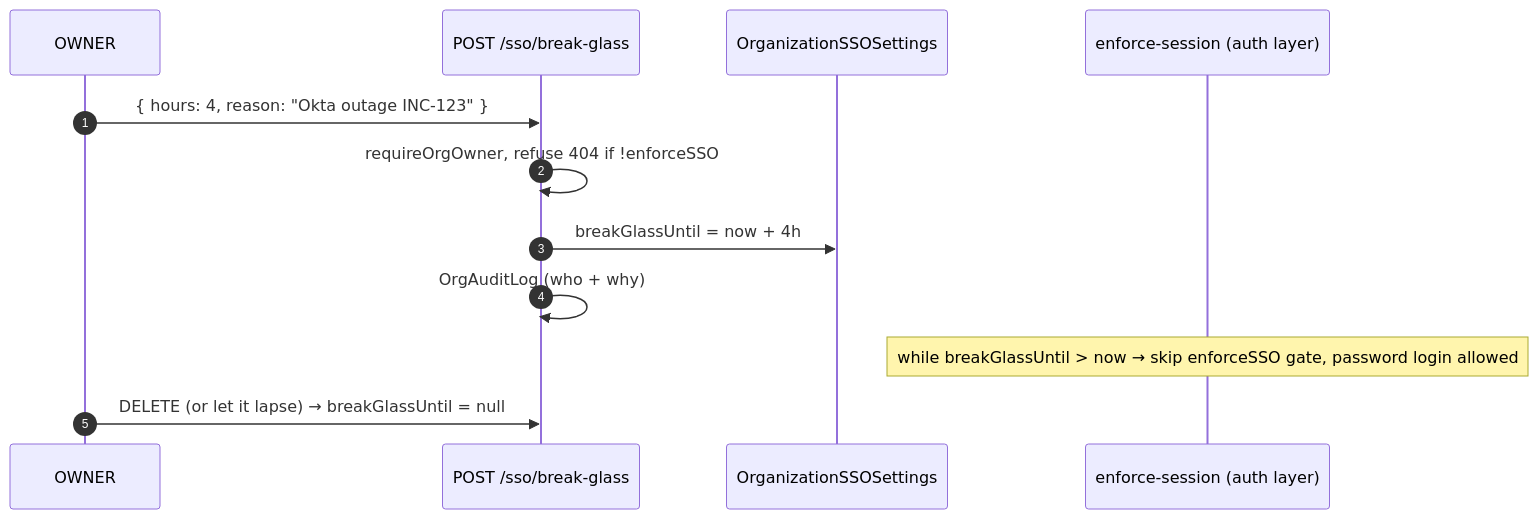
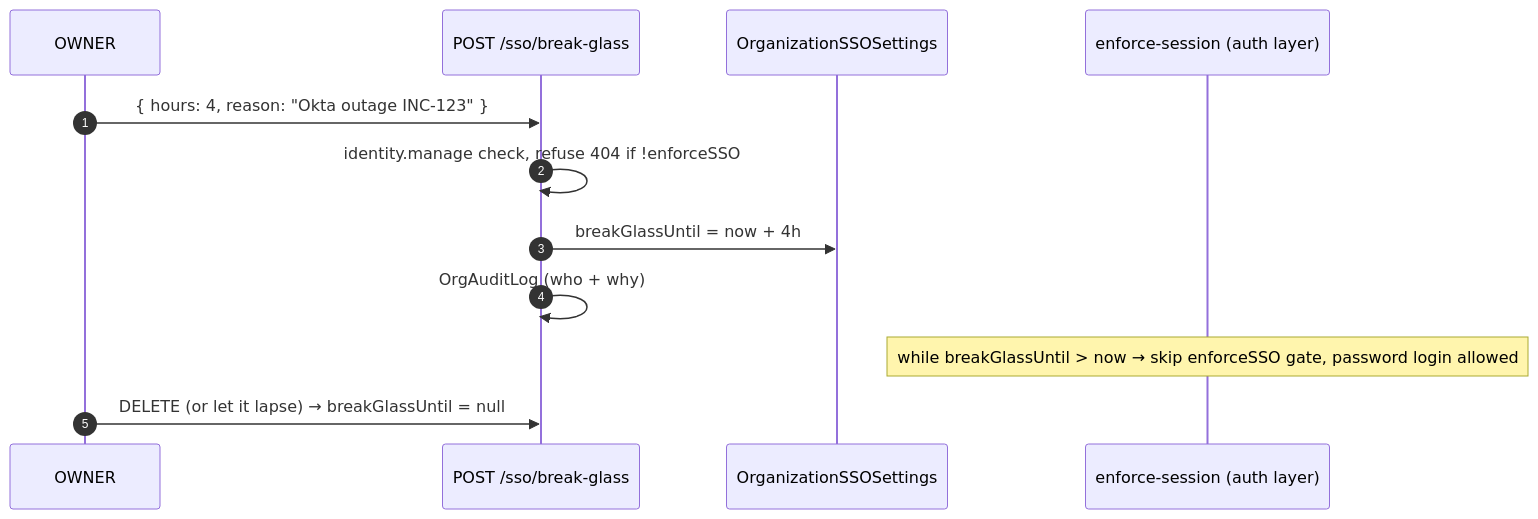
One commit to Practitionist/familiarise_web changed the fourth of 4 diagrams in docs/enterprise/60-scenarios-and-verdicts/01-scenarios-and-examples.md. Above: the diagram before and after it, drawn with Mermaid. The commit also changed other lines of this file and 19 other files, not shown here.

````diff
--- a/docs/enterprise/60-scenarios-and-verdicts/01-scenarios-and-examples.md
+++ b/docs/enterprise/60-scenarios-and-verdicts/01-scenarios-and-examples.md
@@ -425,14 +425,14 @@
 ```mermaid
 sequenceDiagram
   autonumber
   participant O as OWNER
   participant R as POST /sso/break-glass
   participant S as OrganizationSSOSettings
   participant A as enforce-session (auth layer)
   O->>R: { hours: 4, reason: "Okta outage INC-123" }
-  R->>R: requireOrgOwner, refuse 404 if !enforceSSO
+  R->>R: identity.manage check, refuse 404 if !enforceSSO
   R->>S: breakGlassUntil = now + 4h
   R->>R: OrgAuditLog (who + why)
   Note over A: while breakGlassUntil > now → skip enforceSSO gate, password login allowed
   O->>R: DELETE (or let it lapse) → breakGlassUntil = null
 ```
````
